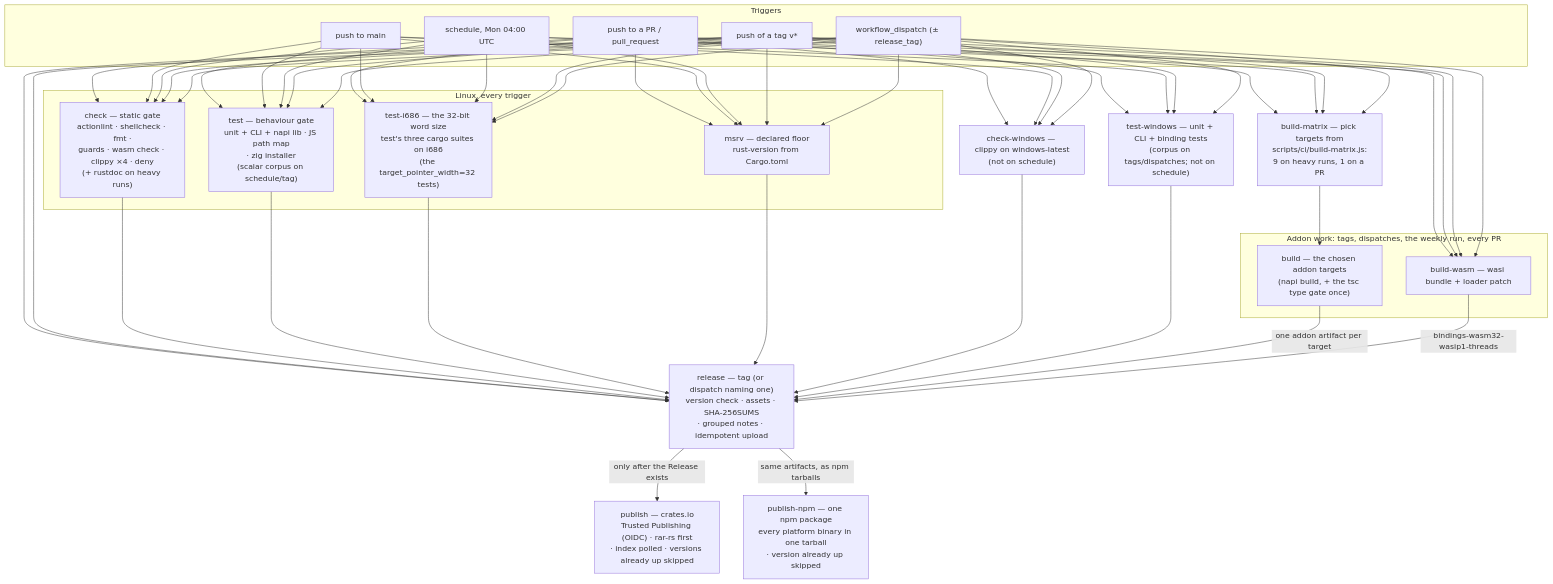
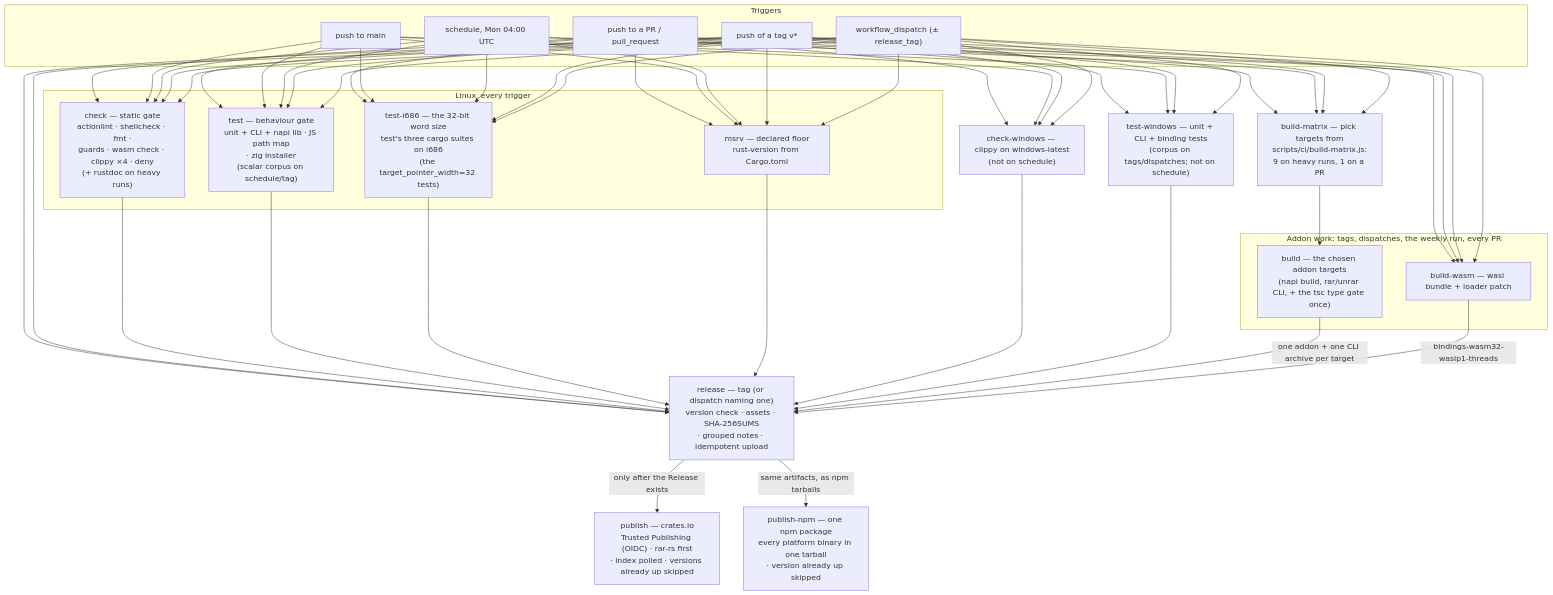
Before and after one commit to yjdyamv/rar-rs: the diagram in docs/ci.md, drawn with Mermaid. The commit also changed other lines of this file and 6 other files, not shown here.

First line of the commit message:
feat(ci): publish the rar/unrar CLI binaries in the release

````diff
--- a/docs/ci.md
+++ b/docs/ci.md
@@ -10,57 +10,57 @@
 ```mermaid
 flowchart TD
   subgraph trig[Triggers]
     pr[push to a PR / pull_request]
     main[push to main]
     tag["push of a tag v*"]
     disp["workflow_dispatch (± release_tag)"]
     cron[schedule, Mon 04:00 UTC]
   end
 
   subgraph linux[Linux, every trigger]
     check["check — static gate<br/>actionlint · shellcheck · fmt ·<br/>guards · wasm check · clippy ×4 · deny<br/>(+ rustdoc on heavy runs)"]
     test["test — behaviour gate<br/>unit + CLI + napi lib · JS path map<br/>· zig installer<br/>(scalar corpus on schedule/tag)"]
     test32["test-i686 — the 32-bit word size<br/>test's three cargo suites on i686<br/>(the target_pointer_width=32 tests)"]
     msrv["msrv — declared floor<br/>rust-version from Cargo.toml"]
   end
 
   checkwin["check-windows — clippy on windows-latest<br/>(not on schedule)"]
   testwin["test-windows — unit + CLI + binding tests<br/>(corpus on tags/dispatches; not on schedule)"]
 
   sel["build-matrix — pick targets from<br/>scripts/ci/build-matrix.js:<br/>9 on heavy runs, 1 on a PR"]
 
   subgraph heavy[Addon work: tags, dispatches, the weekly run, every PR]
-    build["build — the chosen addon targets<br/>(napi build, + the tsc type gate once)"]
+    build["build — the chosen addon targets<br/>(napi build, rar/unrar CLI, + the tsc type gate once)"]
     wasm["build-wasm — wasi bundle + loader patch"]
   end
 
   rel["release — tag (or dispatch naming one)<br/>version check · assets · SHA-256SUMS<br/>· grouped notes · idempotent upload"]
 
   pub["publish — crates.io<br/>Trusted Publishing (OIDC) · rar-rs first<br/>· index polled · versions already up skipped"]
 
   pubnpm["publish-npm — one npm package<br/>every platform binary in one tarball<br/>· version already up skipped"]
 
   pr --> check & test & test32 & msrv & checkwin & testwin
   main --> check & test & test32 & msrv & checkwin & testwin
   cron --> check & test & test32 & msrv
   tag --> check & test & test32 & msrv & checkwin & testwin
   disp --> check & test & test32 & msrv & checkwin & testwin
   pr --> sel & wasm
   cron --> sel & wasm
   tag --> sel & wasm
   disp --> sel & wasm
   sel --> build
   tag --> rel
   disp --> rel
 
   check --> rel
   test --> rel
   test32 --> rel
   msrv --> rel
   checkwin --> rel
   testwin --> rel
-  build -->|"one addon artifact per target"| rel
+  build -->|"one addon + one CLI archive per target"| rel
   wasm -->|"bindings-wasm32-wasip1-threads"| rel
   rel -->|"only after the Release exists"| pub
   rel -->|"same artifacts, as npm tarballs"| pubnpm
 ```
````
